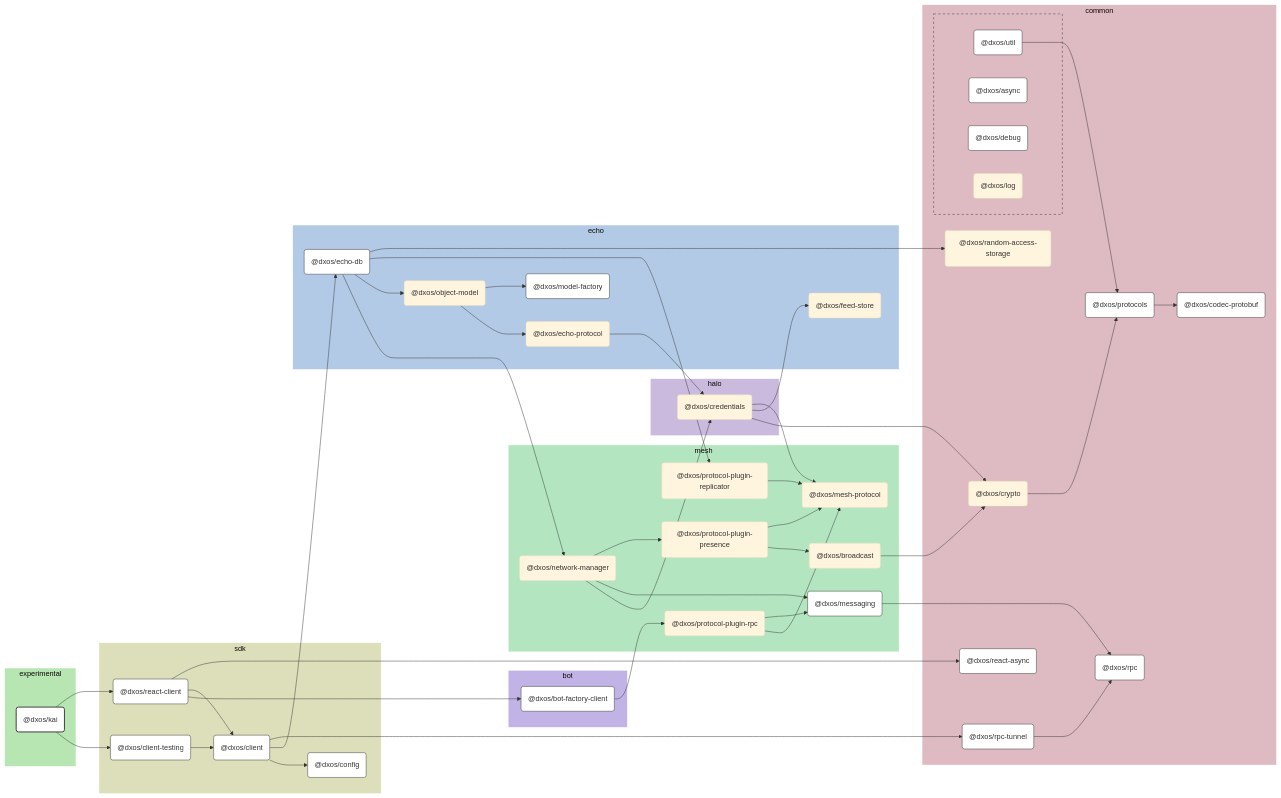
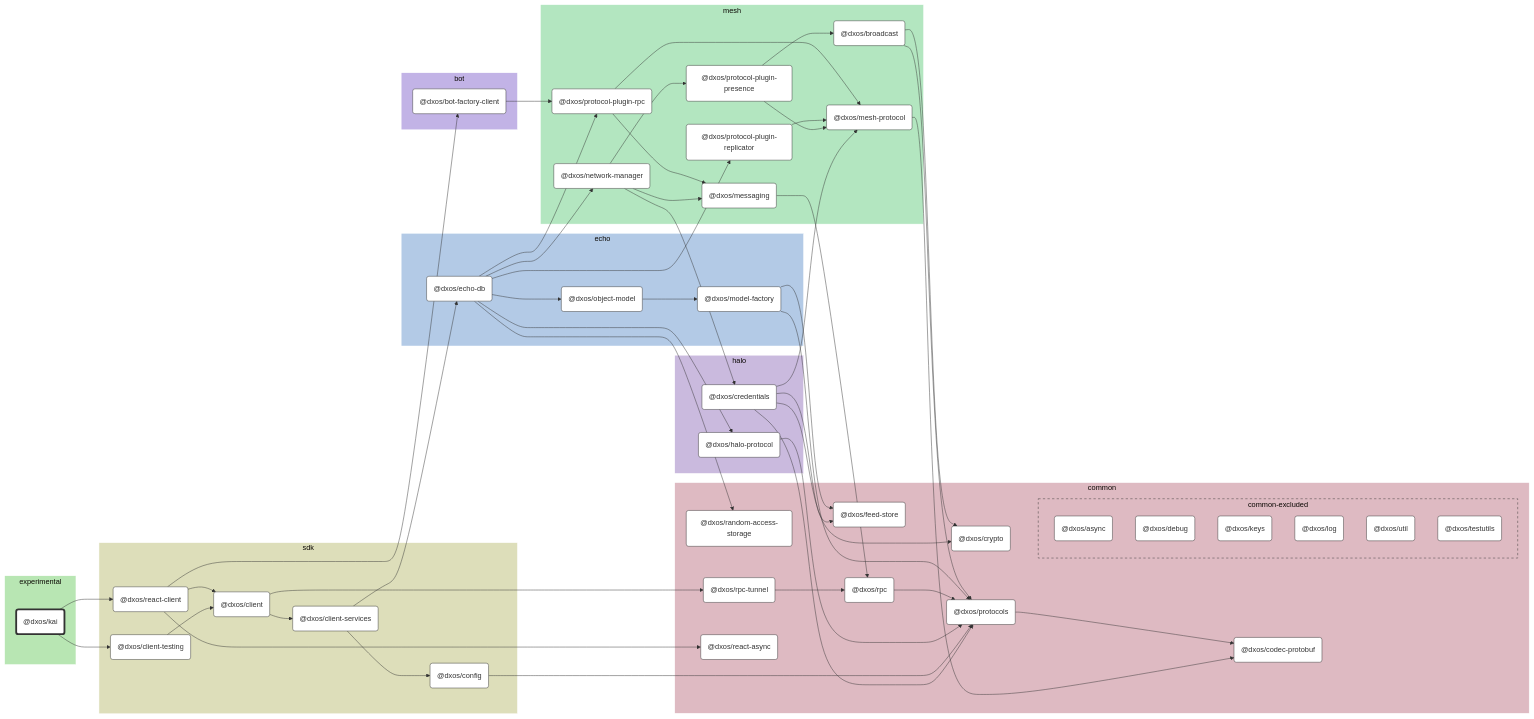
One commit to dxos/dxos changed the diagram in apps/experimental/kai/docs/README.md. Above: the diagram before and after it, drawn with Mermaid (base theme). The commit also changed other lines of this file and 683 other files, not shown here.

````diff
--- a/apps/experimental/kai/docs/README.md
+++ b/apps/experimental/kai/docs/README.md
@@ -9,153 +9,151 @@
 
 flowchart LR
 
-%% Links
-dxos/bot-factory-client --> dxos/protocol-plugin-rpc;
-dxos/broadcast --> dxos/crypto;
-dxos/client --> dxos/config;
-dxos/client --> dxos/echo-db;
-dxos/client --> dxos/rpc-tunnel;
-dxos/client-testing --> dxos/client;
-dxos/credentials --> dxos/crypto;
-dxos/credentials --> dxos/feed-store;
-dxos/credentials --> dxos/mesh-protocol;
-dxos/crypto --> dxos/protocols;
-dxos/echo-db --> dxos/network-manager;
-dxos/echo-db --> dxos/object-model;
-dxos/echo-db --> dxos/protocol-plugin-replicator;
-dxos/echo-db --> dxos/random-access-storage;
-dxos/echo-protocol --> dxos/credentials;
-dxos/kai --> dxos/client-testing;
-dxos/kai --> dxos/react-client;
-dxos/messaging --> dxos/rpc;
-dxos/network-manager --> dxos/credentials;
-dxos/network-manager --> dxos/messaging;
-dxos/network-manager --> dxos/protocol-plugin-presence;
-dxos/object-model --> dxos/echo-protocol;
-dxos/object-model --> dxos/model-factory;
-dxos/protocol-plugin-presence --> dxos/broadcast;
-dxos/protocol-plugin-presence --> dxos/mesh-protocol;
-dxos/protocol-plugin-replicator --> dxos/mesh-protocol;
-dxos/protocol-plugin-rpc --> dxos/mesh-protocol;
-dxos/protocol-plugin-rpc --> dxos/messaging;
-dxos/protocols --> dxos/codec-protobuf;
-dxos/react-client --> dxos/bot-factory-client;
-dxos/react-client --> dxos/client;
-dxos/react-client --> dxos/react-async;
-dxos/rpc-tunnel --> dxos/rpc;
-dxos/util --> dxos/protocols;
+%% Classes
+classDef def fill:#fff,stroke:#333,stroke-width:1px
+classDef root fill:#fff,stroke:#333,stroke-width:4px
 
-%% Sections
-subgraph experimental
-  style experimental fill:#b8e6b3,stroke:#fff;
+%% Nodes
 
-  dxos/kai("@dxos/kai")
+subgraph experimental [experimental]
+  style experimental fill:#b8e6b3,stroke:#fff
+  dxos/kai("@dxos/kai"):::root
+  click dxos/kai "dxos/dxos/tree/main/apps/experimental/kai/docs"
 end
 
-subgraph common
-  style common fill:#debac2,stroke:#fff;
+subgraph common [common]
+  style common fill:#debac2,stroke:#fff
+  dxos/codec-protobuf("@dxos/codec-protobuf"):::def
+  click dxos/codec-protobuf "dxos/dxos/tree/main/packages/common/codec-protobuf/docs"
+  dxos/crypto("@dxos/crypto"):::def
+  click dxos/crypto "dxos/dxos/tree/main/packages/common/crypto/docs"
+  dxos/feed-store("@dxos/feed-store"):::def
+  click dxos/feed-store "dxos/dxos/tree/main/packages/common/feed-store/docs"
+  dxos/protocols("@dxos/protocols"):::def
+  click dxos/protocols "dxos/dxos/tree/main/packages/common/protocols/docs"
+  dxos/rpc("@dxos/rpc"):::def
+  click dxos/rpc "dxos/dxos/tree/main/packages/common/rpc/docs"
+  dxos/random-access-storage("@dxos/random-access-storage"):::def
+  click dxos/random-access-storage "dxos/dxos/tree/main/packages/common/random-access-storage/docs"
+  dxos/rpc-tunnel("@dxos/rpc-tunnel"):::def
+  click dxos/rpc-tunnel "dxos/dxos/tree/main/packages/common/rpc-tunnel/docs"
+  dxos/react-async("@dxos/react-async"):::def
+  click dxos/react-async "dxos/dxos/tree/main/packages/common/react-async/docs"
 
-  dxos/codec-protobuf("@dxos/codec-protobuf")
-  dxos/crypto("@dxos/crypto")
-  dxos/protocols("@dxos/protocols")
-  dxos/random-access-storage("@dxos/random-access-storage")
-  dxos/react-async("@dxos/react-async")
-  dxos/rpc("@dxos/rpc")
-  dxos/rpc-tunnel("@dxos/rpc-tunnel")
-
-  subgraph common-excluded [ ]
-    style common-excluded fill:#debac2,stroke:#333,stroke-dasharray:5 5;
-
-    dxos/async("@dxos/async")
-    dxos/debug("@dxos/debug")
-    dxos/log("@dxos/log")
-    dxos/util("@dxos/util")
+  subgraph common-excluded [common-excluded]
+    style common-excluded fill:#debac2,stroke:#333,stroke-dasharray:5 5
+    dxos/async("@dxos/async"):::def
+    click dxos/async "dxos/dxos/tree/main/packages/common/async/docs"
+    dxos/debug("@dxos/debug"):::def
+    click dxos/debug "dxos/dxos/tree/main/packages/common/debug/docs"
+    dxos/keys("@dxos/keys"):::def
+    click dxos/keys "dxos/dxos/tree/main/packages/common/keys/docs"
+    dxos/log("@dxos/log"):::def
+    click dxos/log "dxos/dxos/tree/main/packages/common/log/docs"
+    dxos/util("@dxos/util"):::def
+    click dxos/util "dxos/dxos/tree/main/packages/common/util/docs"
+    dxos/testutils("@dxos/testutils"):::def
+    click dxos/testutils "dxos/dxos/tree/main/packages/common/testutils/docs"
   end
 end
 
-subgraph sdk
-  style sdk fill:#dddeba,stroke:#fff;
-
-  dxos/client("@dxos/client")
-  dxos/client-testing("@dxos/client-testing")
-  dxos/config("@dxos/config")
-  dxos/react-client("@dxos/react-client")
+subgraph sdk [sdk]
+  style sdk fill:#dddeba,stroke:#fff
+  dxos/client("@dxos/client"):::def
+  click dxos/client "dxos/dxos/tree/main/packages/sdk/client/docs"
+  dxos/client-services("@dxos/client-services"):::def
+  click dxos/client-services "dxos/dxos/tree/main/packages/sdk/client-services/docs"
+  dxos/config("@dxos/config"):::def
+  click dxos/config "dxos/dxos/tree/main/packages/sdk/config/docs"
+  dxos/client-testing("@dxos/client-testing"):::def
+  click dxos/client-testing "dxos/dxos/tree/main/packages/sdk/client-testing/docs"
+  dxos/react-client("@dxos/react-client"):::def
+  click dxos/react-client "dxos/dxos/tree/main/packages/sdk/react-client/docs"
 end
 
-subgraph echo
-  style echo fill:#b3cae6,stroke:#fff;
-
-  dxos/echo-db("@dxos/echo-db")
-  dxos/echo-protocol("@dxos/echo-protocol")
-  dxos/feed-store("@dxos/feed-store")
-  dxos/model-factory("@dxos/model-factory")
-  dxos/object-model("@dxos/object-model")
+subgraph halo [halo]
+  style halo fill:#cabade,stroke:#fff
+  dxos/credentials("@dxos/credentials"):::def
+  click dxos/credentials "dxos/dxos/tree/main/packages/halo/credentials/docs"
+  dxos/halo-protocol("@dxos/halo-protocol"):::def
+  click dxos/halo-protocol "dxos/dxos/tree/main/packages/halo/halo-protocol/docs"
 end
 
-subgraph halo
-  style halo fill:#cabade,stroke:#fff;
-
-  dxos/credentials("@dxos/credentials")
+subgraph mesh [mesh]
+  style mesh fill:#b3e6c0,stroke:#fff
+  dxos/mesh-protocol("@dxos/mesh-protocol"):::def
+  click dxos/mesh-protocol "dxos/dxos/tree/main/packages/mesh/mesh-protocol/docs"
+  dxos/messaging("@dxos/messaging"):::def
+  click dxos/messaging "dxos/dxos/tree/main/packages/mesh/messaging/docs"
+  dxos/network-manager("@dxos/network-manager"):::def
+  click dxos/network-manager "dxos/dxos/tree/main/packages/mesh/network-manager/docs"
+  dxos/protocol-plugin-presence("@dxos/protocol-plugin-presence"):::def
+  click dxos/protocol-plugin-presence "dxos/dxos/tree/main/packages/mesh/protocol-plugin-presence/docs"
+  dxos/broadcast("@dxos/broadcast"):::def
+  click dxos/broadcast "dxos/dxos/tree/main/packages/mesh/broadcast/docs"
+  dxos/protocol-plugin-replicator("@dxos/protocol-plugin-replicator"):::def
+  click dxos/protocol-plugin-replicator "dxos/dxos/tree/main/packages/mesh/protocol-plugin-replicator/docs"
+  dxos/protocol-plugin-rpc("@dxos/protocol-plugin-rpc"):::def
+  click dxos/protocol-plugin-rpc "dxos/dxos/tree/main/packages/mesh/protocol-plugin-rpc/docs"
 end
 
-subgraph mesh
-  style mesh fill:#b3e6c0,stroke:#fff;
-
-  dxos/broadcast("@dxos/broadcast")
-  dxos/mesh-protocol("@dxos/mesh-protocol")
-  dxos/messaging("@dxos/messaging")
-  dxos/network-manager("@dxos/network-manager")
-  dxos/protocol-plugin-presence("@dxos/protocol-plugin-presence")
-  dxos/protocol-plugin-replicator("@dxos/protocol-plugin-replicator")
-  dxos/protocol-plugin-rpc("@dxos/protocol-plugin-rpc")
+subgraph echo [echo]
+  style echo fill:#b3cae6,stroke:#fff
+  dxos/echo-db("@dxos/echo-db"):::def
+  click dxos/echo-db "dxos/dxos/tree/main/packages/echo/echo-db/docs"
+  dxos/model-factory("@dxos/model-factory"):::def
+  click dxos/model-factory "dxos/dxos/tree/main/packages/echo/model-factory/docs"
+  dxos/object-model("@dxos/object-model"):::def
+  click dxos/object-model "dxos/dxos/tree/main/packages/echo/object-model/docs"
 end
 
-subgraph bot
-  style bot fill:#c2b3e6,stroke:#fff;
-
-  dxos/bot-factory-client("@dxos/bot-factory-client")
+subgraph bot [bot]
+  style bot fill:#c2b3e6,stroke:#fff
+  dxos/bot-factory-client("@dxos/bot-factory-client"):::def
+  click dxos/bot-factory-client "dxos/dxos/tree/main/packages/bot/bot-factory-client/docs"
 end
 
-
-%% Hyperlinks
-click dxos/async "dxos/dxos/tree/main/packages/common/async/docs";
-click dxos/bot-factory-client "dxos/dxos/tree/main/packages/bot/bot-factory-client/docs";
-click dxos/client "dxos/dxos/tree/main/packages/sdk/client/docs";
-click dxos/client-testing "dxos/dxos/tree/main/packages/sdk/client-testing/docs";
-click dxos/codec-protobuf "dxos/dxos/tree/main/packages/common/codec-protobuf/docs";
-click dxos/config "dxos/dxos/tree/main/packages/sdk/config/docs";
-click dxos/debug "dxos/dxos/tree/main/packages/common/debug/docs";
-click dxos/echo-db "dxos/dxos/tree/main/packages/echo/echo-db/docs";
-click dxos/messaging "dxos/dxos/tree/main/packages/mesh/messaging/docs";
-click dxos/model-factory "dxos/dxos/tree/main/packages/echo/model-factory/docs";
-click dxos/protocols "dxos/dxos/tree/main/packages/common/protocols/docs";
-click dxos/react-async "dxos/dxos/tree/main/packages/common/react-async/docs";
-click dxos/react-client "dxos/dxos/tree/main/packages/sdk/react-client/docs";
-click dxos/rpc "dxos/dxos/tree/main/packages/common/rpc/docs";
-click dxos/rpc-tunnel "dxos/dxos/tree/main/packages/common/rpc-tunnel/docs";
-click dxos/util "dxos/dxos/tree/main/packages/common/util/docs";
-
-%% Styles
-classDef rootNode fill:#fff,stroke:#333,stroke-width:2px
-classDef defaultNode fill:#fff,stroke:#333,stroke-width:1px
+%% Links
 linkStyle default stroke:#333,stroke-width:1px
-
-dxos/kai:::rootNode
-
-dxos/async:::defaultNode
-dxos/bot-factory-client:::defaultNode
-dxos/client:::defaultNode
-dxos/client-testing:::defaultNode
-dxos/codec-protobuf:::defaultNode
-dxos/config:::defaultNode
-dxos/debug:::defaultNode
-dxos/echo-db:::defaultNode
-dxos/messaging:::defaultNode
-dxos/model-factory:::defaultNode
-dxos/protocols:::defaultNode
-dxos/react-async:::defaultNode
-dxos/react-client:::defaultNode
-dxos/rpc:::defaultNode
-dxos/rpc-tunnel:::defaultNode
-dxos/util:::defaultNode
+dxos/client --> dxos/client-services
+dxos/credentials --> dxos/crypto
+dxos/credentials --> dxos/feed-store
+dxos/credentials --> dxos/mesh-protocol
+dxos/mesh-protocol --> dxos/codec-protobuf
+dxos/credentials --> dxos/protocols
+dxos/protocols --> dxos/codec-protobuf
+dxos/client-services --> dxos/config
+dxos/config --> dxos/protocols
+dxos/client-services --> dxos/echo-db
+dxos/echo-db --> dxos/halo-protocol
+dxos/halo-protocol --> dxos/protocols
+dxos/messaging --> dxos/rpc
+dxos/rpc --> dxos/protocols
+dxos/model-factory --> dxos/feed-store
+dxos/model-factory --> dxos/protocols
+dxos/echo-db --> dxos/network-manager
+dxos/network-manager --> dxos/credentials
+dxos/network-manager --> dxos/messaging
+dxos/network-manager --> dxos/protocol-plugin-presence
+dxos/protocol-plugin-presence --> dxos/broadcast
+dxos/broadcast --> dxos/crypto
+dxos/broadcast --> dxos/protocols
+dxos/protocol-plugin-presence --> dxos/mesh-protocol
+dxos/echo-db --> dxos/object-model
+dxos/object-model --> dxos/model-factory
+dxos/echo-db --> dxos/protocol-plugin-replicator
+dxos/protocol-plugin-replicator --> dxos/mesh-protocol
+dxos/echo-db --> dxos/random-access-storage
+dxos/echo-db --> dxos/protocol-plugin-rpc
+dxos/protocol-plugin-rpc --> dxos/messaging
+dxos/protocol-plugin-rpc --> dxos/mesh-protocol
+dxos/client --> dxos/rpc-tunnel
+dxos/rpc-tunnel --> dxos/rpc
+dxos/kai --> dxos/client-testing
+dxos/client-testing --> dxos/client
+dxos/kai --> dxos/react-client
+dxos/react-client --> dxos/bot-factory-client
+dxos/bot-factory-client --> dxos/protocol-plugin-rpc
+dxos/react-client --> dxos/client
+dxos/react-client --> dxos/react-async
 ```
````
